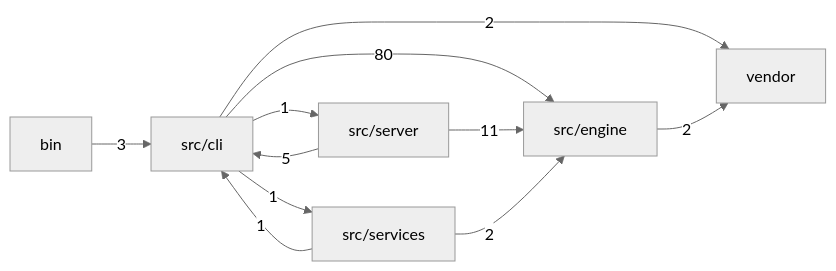
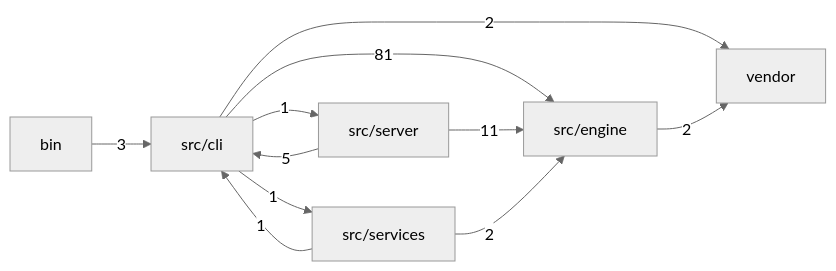
The first of 2 diagrams in docs/MODULES.md (mgillr/memev), drawn with Mermaid (neutral theme) before and after one commit. The commit also changed other lines of this file, not shown here.

````diff
--- a/docs/MODULES.md
+++ b/docs/MODULES.md
@@ -11,19 +11,19 @@
 ```mermaid
 flowchart LR
   bin["bin"]
   cli["src/cli"]
   engine["src/engine"]
   server["src/server"]
   services["src/services"]
   vendor["vendor"]
   bin -->|"3"| cli
-  cli -->|"80"| engine
+  cli -->|"81"| engine
   cli -->|"1"| server
   cli -->|"1"| services
   cli -->|"2"| vendor
   engine -->|"2"| vendor
   server -->|"5"| cli
   server -->|"11"| engine
   services -->|"1"| cli
   services -->|"2"| engine
 ```
````
